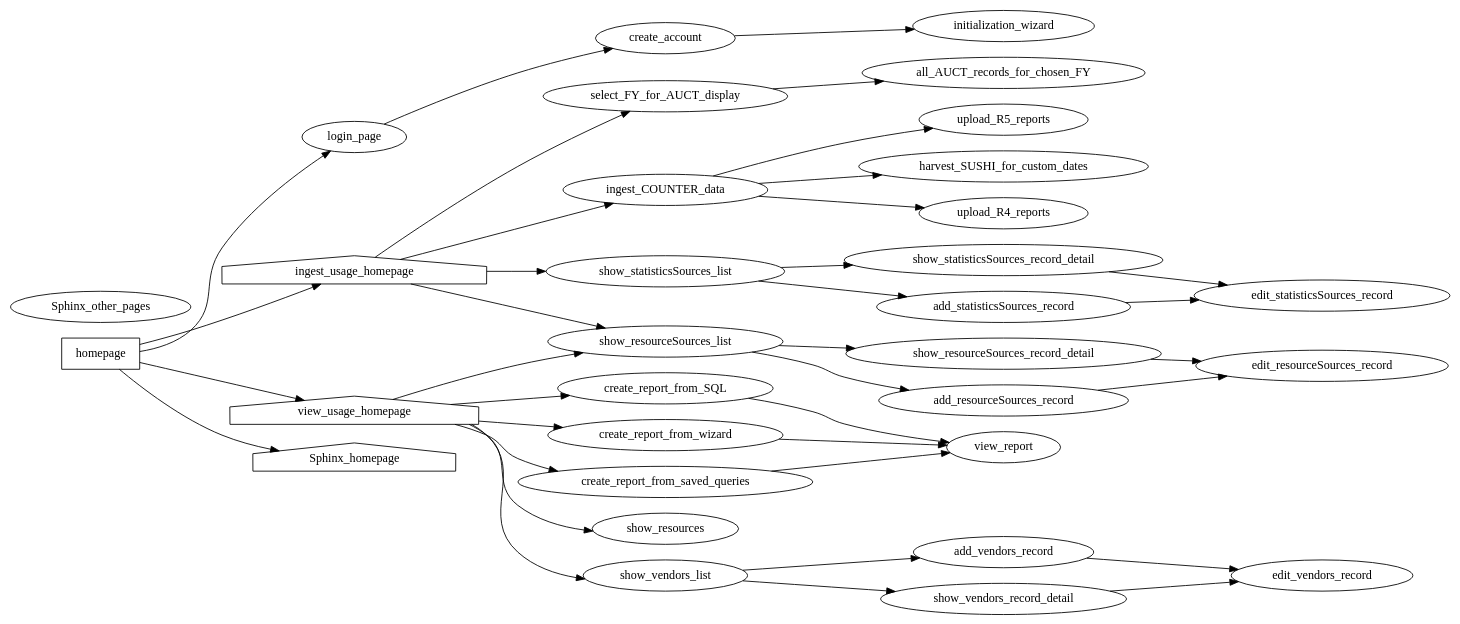
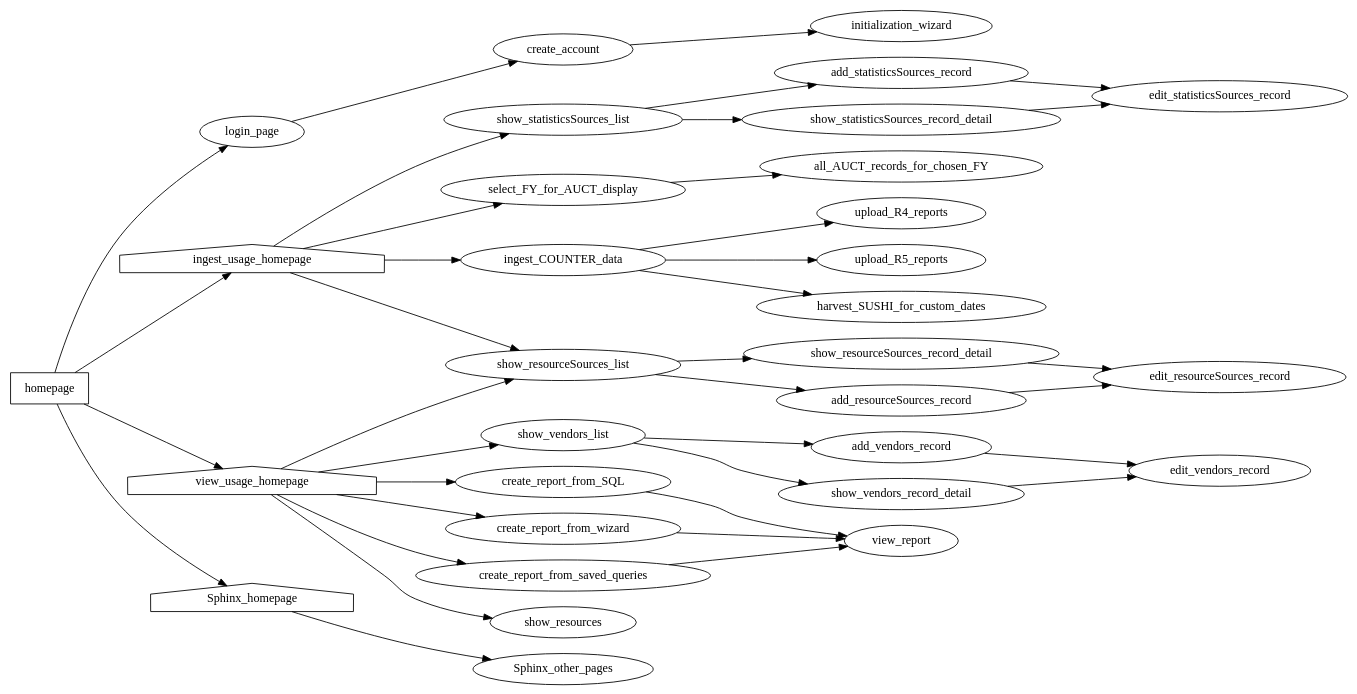
One commit to ereiskind/nolcat changed the diagram in docs/source/sitemap.dot. Above: the diagram before and after it, drawn with Graphviz.

Commit message:
Update Sphinx section

```diff
--- a/docs/source/sitemap.dot
+++ b/docs/source/sitemap.dot
@@ -1,101 +1,96 @@
 digraph nolcat_sitemap {
     /* *** NoLCAT SITEMAP *** */
     rankdir=LR
 
 
     /* *** Main NoLCAT Folder *** */
     homepage [shape="box"]
         homepage -> login_page
         homepage -> ingest_usage_homepage
         homepage -> view_usage_homepage
         homepage -> Sphinx_homepage
     login_page
         login_page -> create_account
     create_account
         create_account -> initialization_wizard // Page in `ingest` section; linkage because program will request data for database initialization upon creation of first account
     // And any other pages needed for authentication
 
 
     /* *** `ingest` Blueprint *** */
     ingest_usage_homepage [shape="house"]
         ingest_usage_homepage -> ingest_COUNTER_data
         ingest_usage_homepage -> show_statisticsSources_list
         ingest_usage_homepage -> show_resourceSources_list
         ingest_usage_homepage -> select_FY_for_AUCT_display
     
     // Pages for ingesting COUNTER data
     ingest_COUNTER_data
         ingest_COUNTER_data -> upload_R4_reports
         ingest_COUNTER_data -> upload_R5_reports
         ingest_COUNTER_data -> harvest_SUSHI_for_custom_dates
     upload_R4_reports
     upload_R5_reports
     harvest_SUSHI_for_custom_dates
     initialization_wizard
 
     // Pages for viewing status of usage collection for a given FY
     select_FY_for_AUCT_display
         select_FY_for_AUCT_display -> all_AUCT_records_for_chosen_FY
     all_AUCT_records_for_chosen_FY
 
 
     /* *** `view` Blueprint *** */
     view_usage_homepage [shape="house"]
         view_usage_homepage -> create_report_from_SQL
         view_usage_homepage -> create_report_from_wizard
         view_usage_homepage -> create_report_from_saved_queries
         view_usage_homepage -> show_resourceSources_list
         view_usage_homepage -> show_resources
         view_usage_homepage -> show_vendors_list
     show_resources // Meaning the items in the resources table
     
     // Pages for Querying and Displaying Usage Data
     create_report_from_SQL // Runs a custom SQL statement against the database
         create_report_from_SQL -> view_report
     create_report_from_wizard // GUI options are used to write SQL behind the scenes
         create_report_from_wizard -> view_report
     create_report_from_saved_queries // SQL statements that are either complete or only ask for one input for commonly asked questions
         create_report_from_saved_queries -> view_report
     view_report
 
 
     /* *** View Records from a Relation *** */
     // Not sure if this should go in `ingest`, `view`, or a new `records` blueprint
     show_statisticsSources_list
         show_statisticsSources_list -> add_statisticsSources_record
         show_statisticsSources_list -> show_statisticsSources_record_detail
     add_statisticsSources_record
         add_statisticsSources_record -> edit_statisticsSources_record // To provide info for the new record
     show_statisticsSources_record_detail
         show_statisticsSources_record_detail -> edit_statisticsSources_record
     edit_statisticsSources_record // Includes adding or editing notes
 
     show_resourceSources_list
         show_resourceSources_list -> add_resourceSources_record
         show_resourceSources_list -> show_resourceSources_record_detail
     add_resourceSources_record
         add_resourceSources_record -> edit_resourceSources_record // To provide info for the new record
     show_resourceSources_record_detail
         show_resourceSources_record_detail -> edit_resourceSources_record
     edit_resourceSources_record // Includes adding or editing notes
 
     show_vendors_list
         show_vendors_list -> add_vendors_record
         show_vendors_list -> show_vendors_record_detail
     add_vendors_record
         add_vendors_record -> edit_vendors_record // To provide info for the new record
     show_vendors_record_detail
         show_vendors_record_detail -> edit_vendors_record
     edit_vendors_record // Includes adding or editing notes
 
 
-    
-
-
-    /* *** Program Documentation *** */
-    // The Sphinx documentation for the web app
+    /* *** Sphinx *** */
     Sphinx_homepage [shape="house"]
-        //Sphinx_homepage -> Sphinx_other_pages
-
+        Sphinx_homepage -> Sphinx_other_pages
     Sphinx_other_pages // Use Sphinx itself for site organization
 }
```
